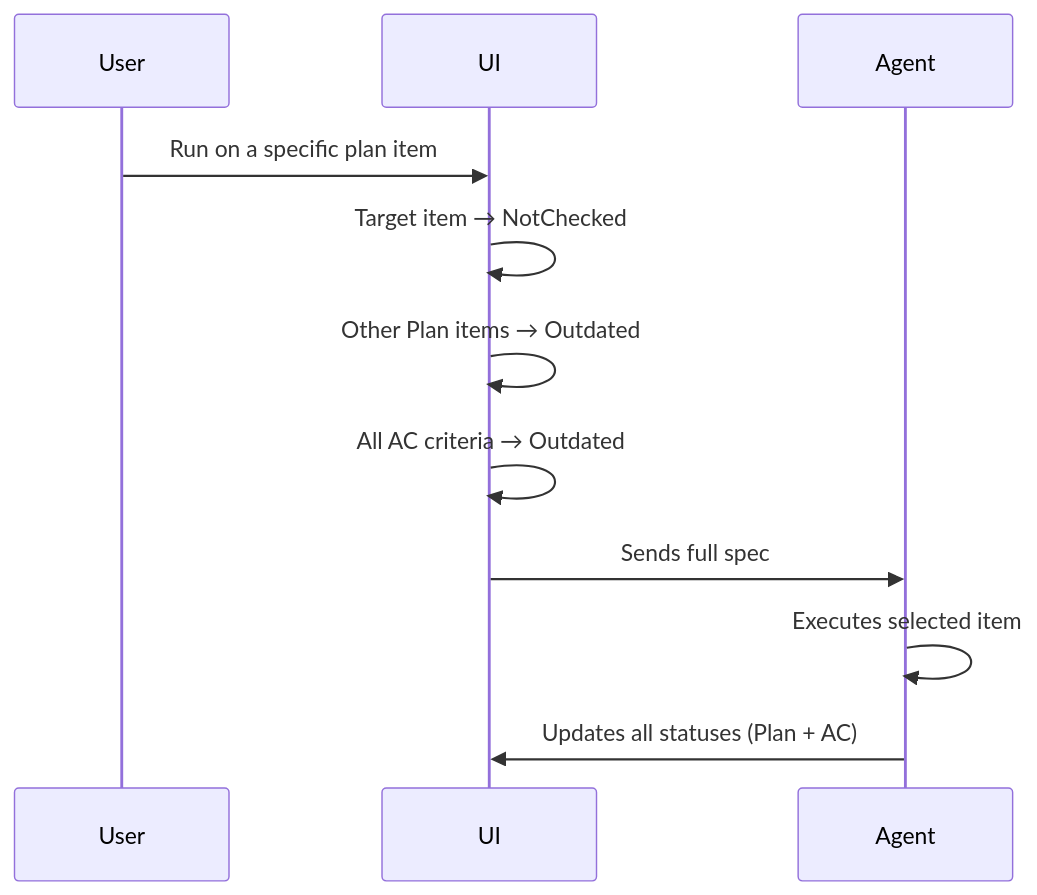
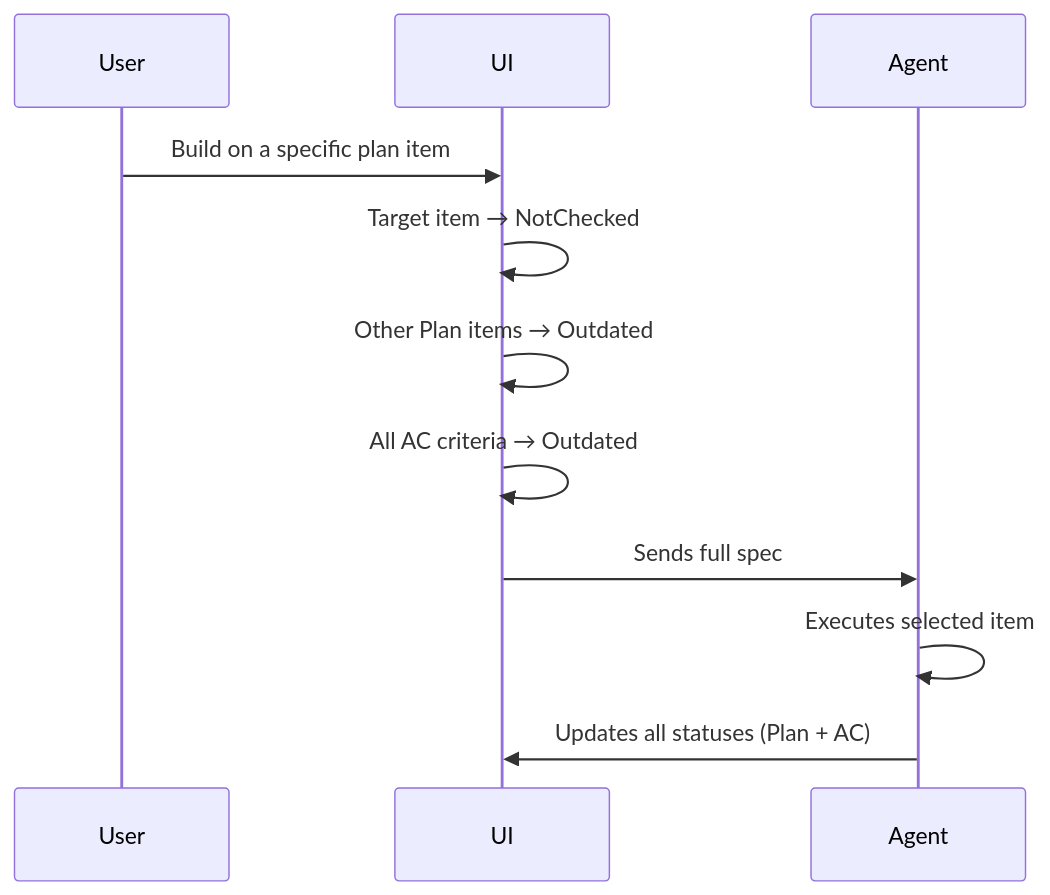
Before and after one commit to NiplusM/SDD: the fifth of 6 diagrams in src/Specifications/spec-flow.md, drawn with Mermaid. The commit also changed other lines of this file and 13 other files, not shown here.

Commit message:
Updated flow

````diff
--- a/src/Specifications/spec-flow.md
+++ b/src/Specifications/spec-flow.md
@@ -230,15 +230,15 @@
 ```mermaid
 sequenceDiagram
     participant U as User
     participant UI as UI
     participant A as Agent
 
-    U->>UI: Run on a specific plan item
+    U->>UI: Build on a specific plan item
     UI->>UI: Target item → NotChecked
     UI->>UI: Other Plan items → Outdated
     UI->>UI: All AC criteria → Outdated
     UI->>A: Sends full spec
 
     A->>A: Executes selected item
     A->>UI: Updates all statuses (Plan + AC)
 ```
````
